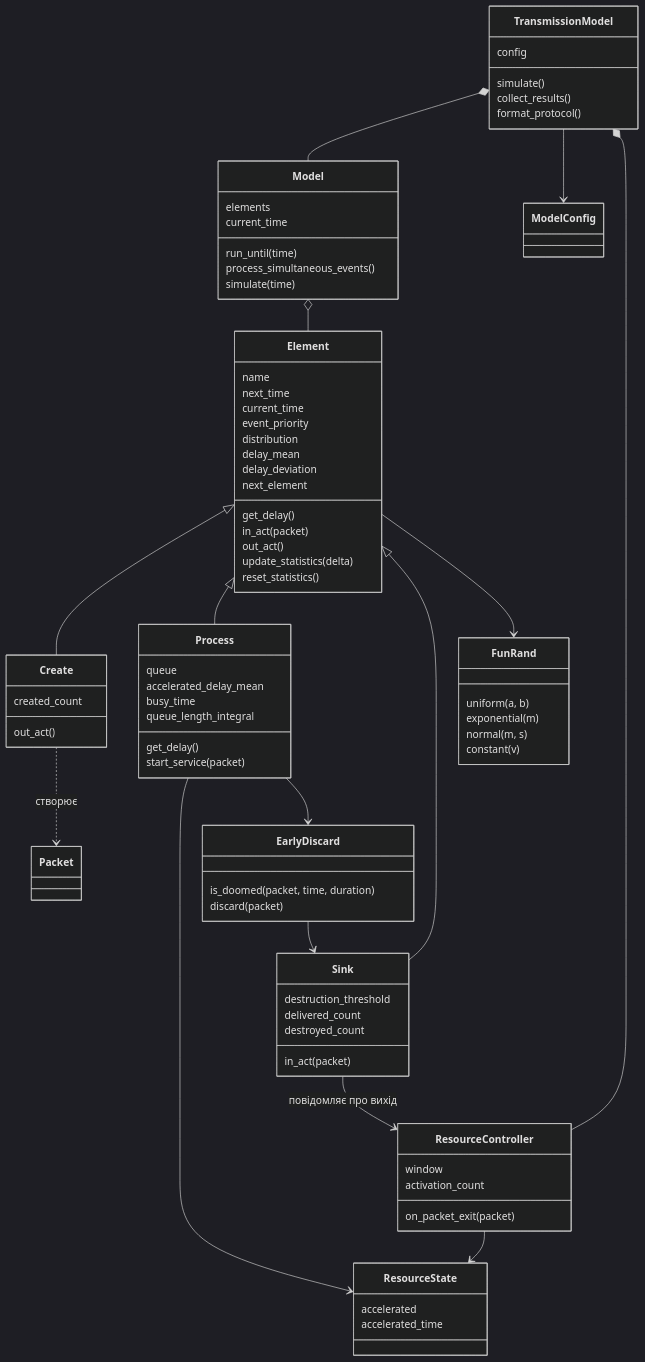
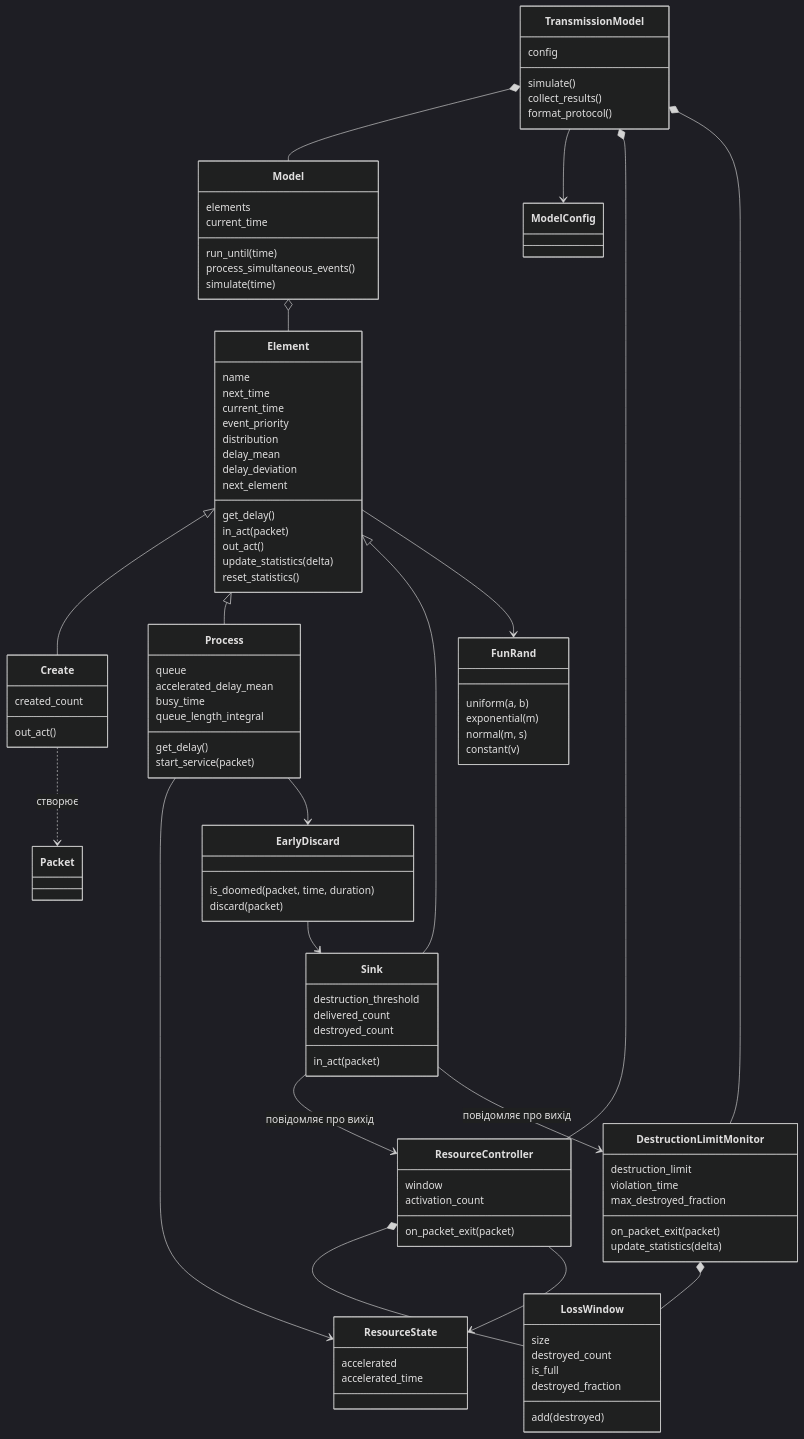
The diagram in README.md (NataliaHarashchuk/Computer-modeling-of-discrete-event-systems-coursework), drawn with Mermaid (dark theme) before and after one commit. The commit also changed other lines of this file and 24 other files, not shown here.

````diff
--- a/README.md
+++ b/README.md
@@ -123,6 +126,20 @@
         activation_count
         on_packet_exit(packet)
     }
+    class LossWindow {
+        size
+        destroyed_count
+        is_full
+        destroyed_fraction
+        add(destroyed)
+    }
+    class DestructionLimitMonitor {
+        destruction_limit
+        violation_time
+        max_destroyed_fraction
+        on_packet_exit(packet)
+        update_statistics(delta)
+    }
     class EarlyDiscard {
         is_doomed(packet, time, duration)
         discard(packet)
@@ -136,11 +153,15 @@
     TransmissionModel *-- Model
     TransmissionModel --> ModelConfig
     TransmissionModel *-- ResourceController
+    TransmissionModel *-- DestructionLimitMonitor
+    ResourceController *-- LossWindow
+    DestructionLimitMonitor *-- LossWindow
     Element --> FunRand
     Process --> ResourceState
     Process --> EarlyDiscard
     ResourceController --> ResourceState
     EarlyDiscard --> Sink
     Sink --> ResourceController : повідомляє про вихід
+    Sink --> DestructionLimitMonitor : повідомляє про вихід
     Create ..> Packet : створює
 ```
````
